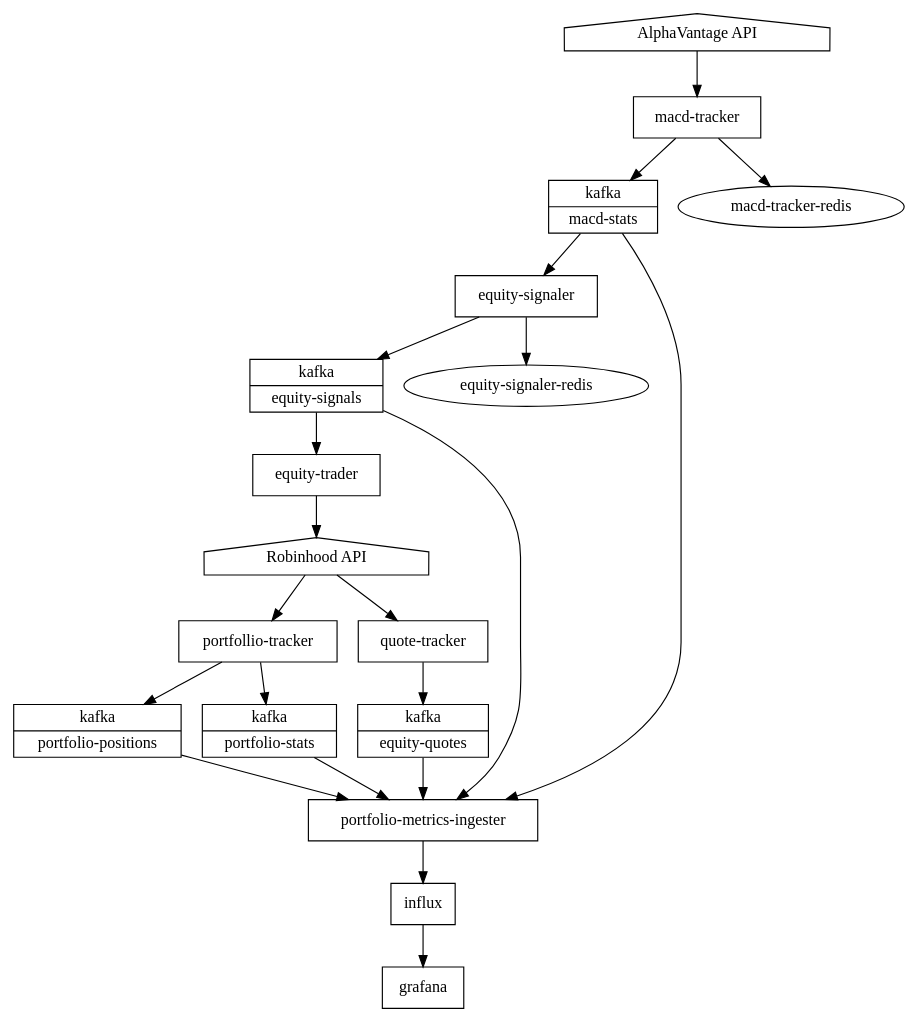
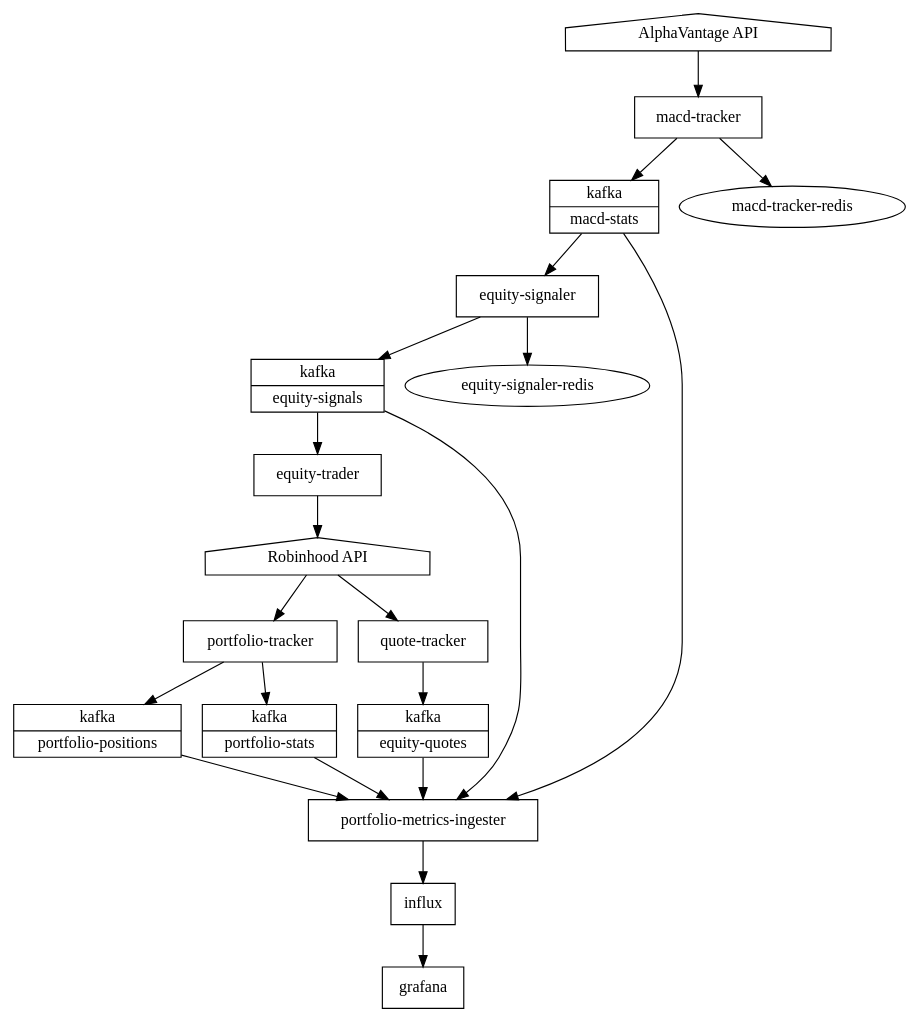
The diagram in graph.dot (mseeks/msull92-infrastructure), drawn with Graphviz before and after one commit.

Commit message:
update graph

```diff
--- a/graph.dot
+++ b/graph.dot
@@ -1,34 +1,34 @@
 digraph algorithm {
   node[shape=record]
 
   "AlphaVantage API"           -> "macd-tracker"
   "macd-tracker"               -> "macd-stats"
   "macd-tracker"               -> "macd-tracker-redis"
   "macd-stats"                 -> "equity-signaler"
   "equity-signaler"            -> "equity-signals"
   "equity-signaler"            -> "equity-signaler-redis"
   "equity-signals"             -> "equity-trader"
   "equity-trader"              -> "Robinhood API"
-  "Robinhood API"              -> "portfollio-tracker"
+  "Robinhood API"              -> "portfolio-tracker"
   "Robinhood API"              -> "quote-tracker"
-  "portfollio-tracker"         -> "portfolio-positions"
-  "portfollio-tracker"         -> "portfolio-stats"
+  "portfolio-tracker"         -> "portfolio-positions"
+  "portfolio-tracker"         -> "portfolio-stats"
   "quote-tracker"              -> "equity-quotes"
   "portfolio-positions"        -> "portfolio-metrics-ingester"
   "portfolio-stats"            -> "portfolio-metrics-ingester"
   "macd-stats"                 -> "portfolio-metrics-ingester"
   "equity-signals"             -> "portfolio-metrics-ingester"
   "equity-quotes"              -> "portfolio-metrics-ingester"
   "portfolio-metrics-ingester" -> "influx"
   "influx"                     -> "grafana"
 
   "macd-stats" [shape=record label="{<f0> kafka| <f1> macd-stats}"]
   "equity-signals" [shape=record label="{<f0> kafka| <f1> equity-signals}"]
   "equity-quotes" [shape=record label="{<f0> kafka| <f1> equity-quotes}"]
   "portfolio-positions" [shape=record label="{<f0> kafka| <f1> portfolio-positions}"]
   "portfolio-stats" [shape=record label="{<f0> kafka| <f1> portfolio-stats}"]
   "AlphaVantage API" [shape=house]
   "Robinhood API" [shape=house]
   "macd-tracker-redis" [shape=ellipse]
   "equity-signaler-redis" [shape=ellipse]
 }
```
